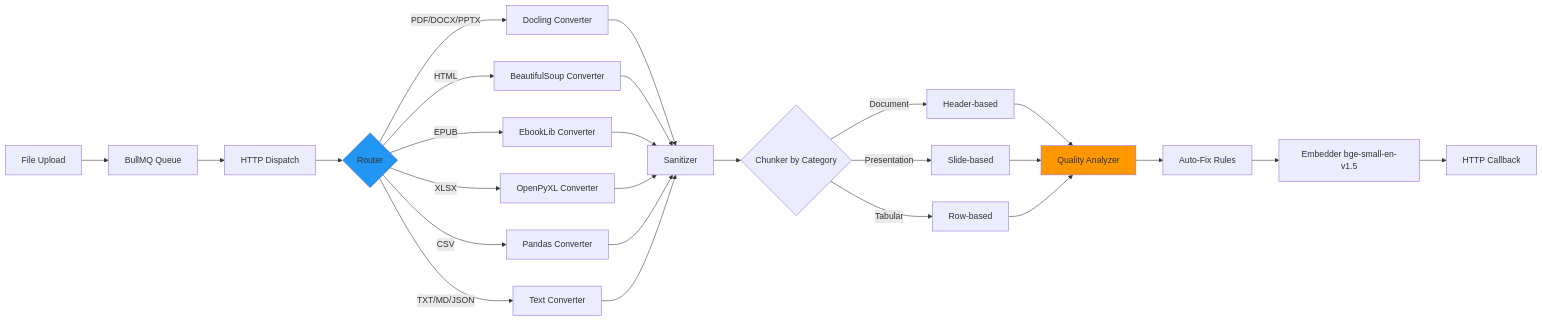
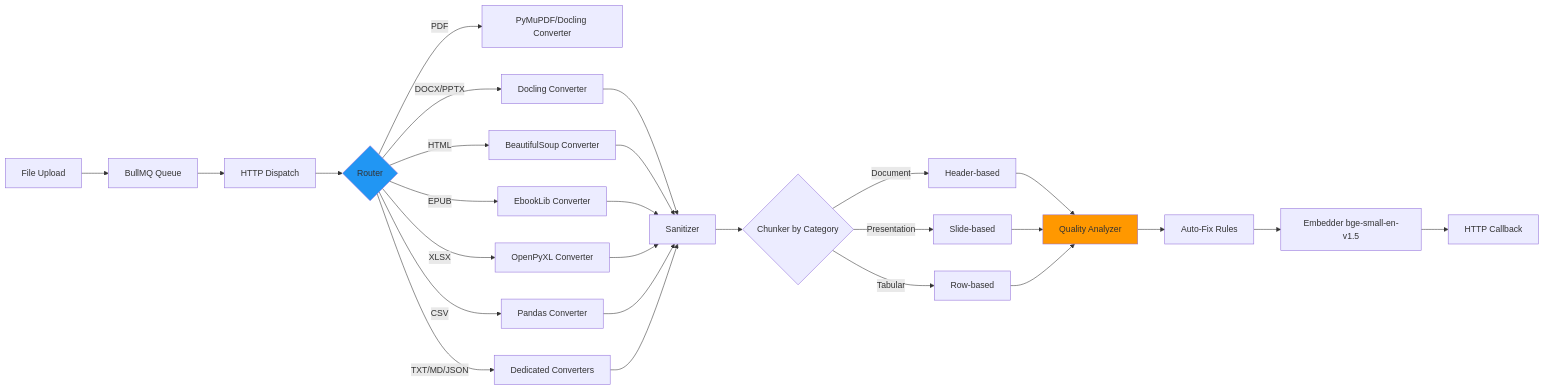
The third of 7 diagrams in docs/architecture.md (namtroi/RAGBase), drawn with Mermaid before and after one commit. The commit also changed other lines of this file and 22 other files, not shown here.

````diff
--- a/docs/architecture.md
+++ b/docs/architecture.md
@@ -81,36 +81,37 @@
 ```mermaid
 graph LR
     Upload[File Upload] --> Queue[BullMQ Queue]
     Queue --> Dispatch[HTTP Dispatch]
     Dispatch --> Router{Router}
     
-    Router -->|PDF/DOCX/PPTX| Docling[Docling Converter]
+    Router -->|PDF| PyMuPDF[PyMuPDF/Docling Converter]
+    Router -->|DOCX/PPTX| Docling[Docling Converter]
     Router -->|HTML| BS[BeautifulSoup Converter]
     Router -->|EPUB| Ebook[EbookLib Converter]
     Router -->|XLSX| Excel[OpenPyXL Converter]
     Router -->|CSV| CSV[Pandas Converter]
-    Router -->|TXT/MD/JSON| Text[Text Converter]
+    Router -->|TXT/MD/JSON| Text[Dedicated Converters]
     
     Docling --> Sanitize[Sanitizer]
     BS --> Sanitize
     Ebook --> Sanitize
     Excel --> Sanitize
     CSV --> Sanitize
     Text --> Sanitize
     
     Sanitize --> Chunker{Chunker by Category}
     Chunker -->|Document| DocChunk[Header-based]
     Chunker -->|Presentation| SlideChunk[Slide-based]
     Chunker -->|Tabular| RowChunk[Row-based]
     
     DocChunk --> Quality[Quality Analyzer]
     SlideChunk --> Quality
     RowChunk --> Quality
     
     Quality --> AutoFix[Auto-Fix Rules]
     AutoFix --> Embed[Embedder bge-small-en-v1.5]
     Embed --> Callback[HTTP Callback]
     
     style Router fill:#2196F3
     style Quality fill:#FF9800
 ```
````
